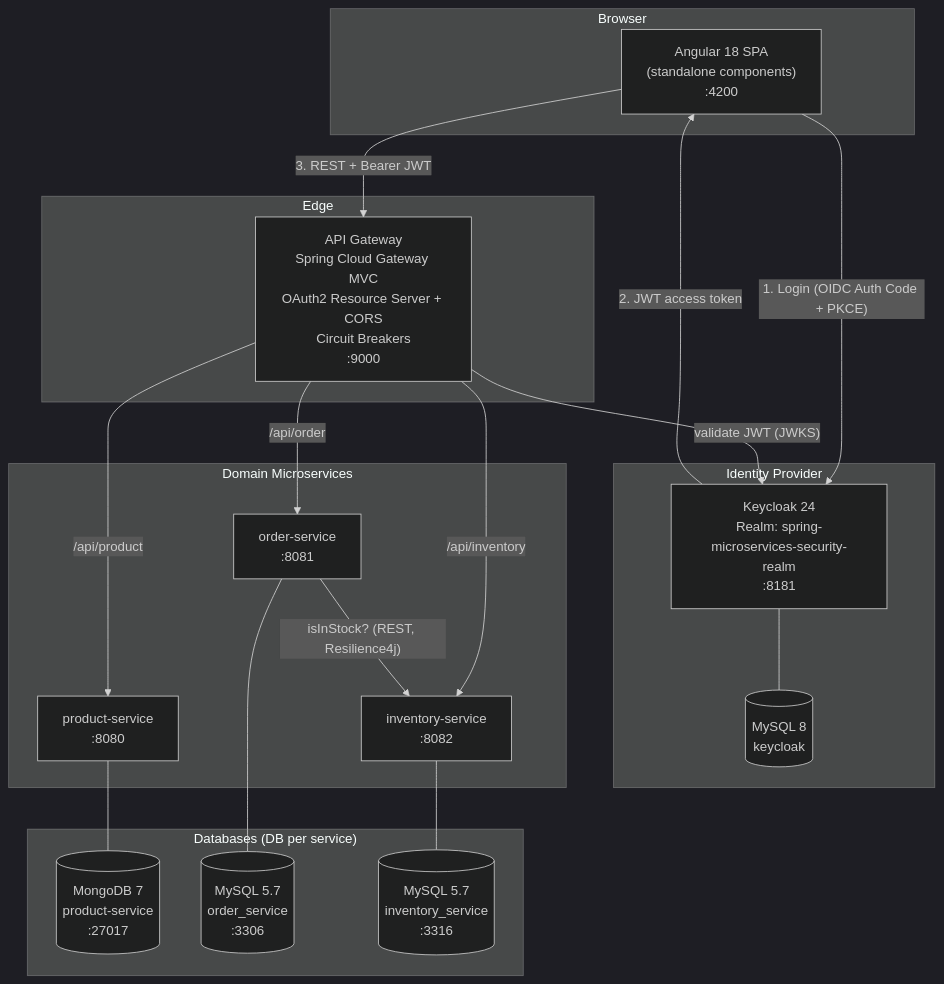
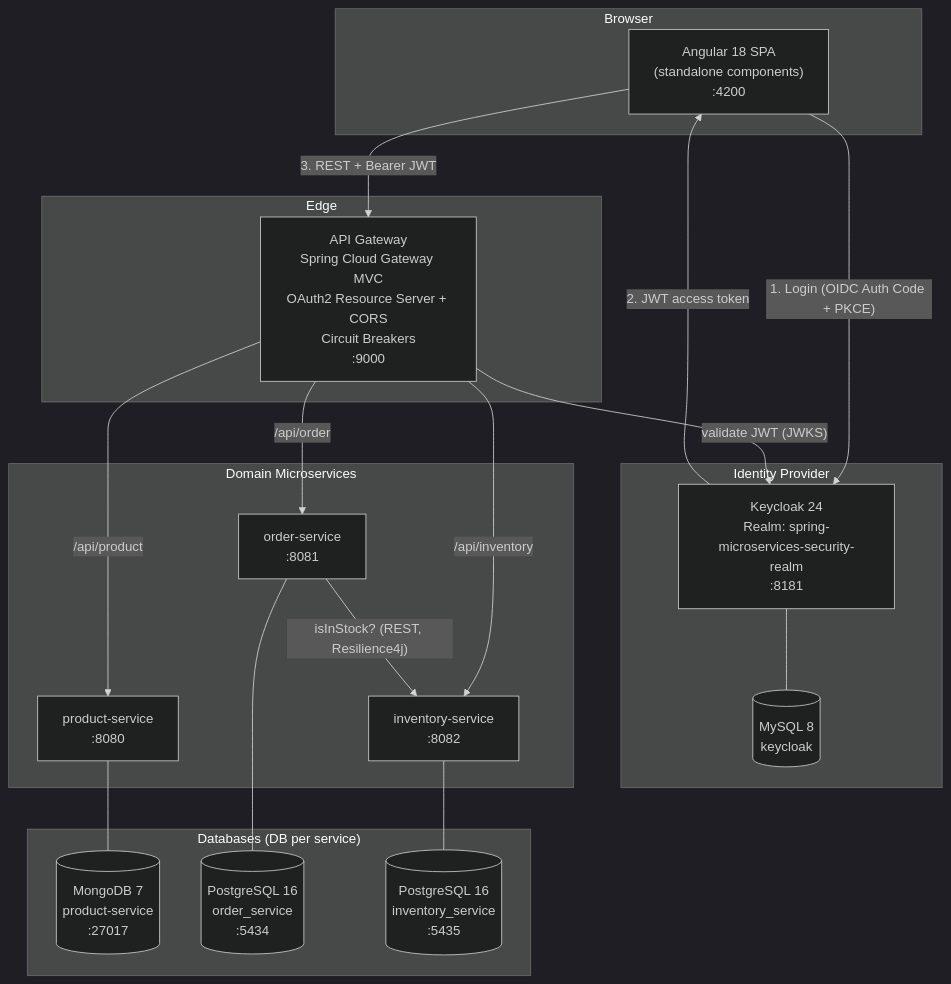
Before and after one commit to SzabolcsBeko/ms_sap_project: the first of 12 diagrams in docs/ARCHITECTURE.md, drawn with Mermaid (dark theme). The commit also changed other lines of this file and 30 other files, not shown here.

First line of the commit message:
feat(db): migrate order-service and inventory-service to PostgreSQL 16

````diff
--- a/docs/ARCHITECTURE.md
+++ b/docs/ARCHITECTURE.md
@@ -57,43 +57,43 @@
 ```mermaid
 flowchart TB
     subgraph Client["Browser"]
         FE["Angular 18 SPA<br/>(standalone components)<br/>:4200"]
     end
 
     subgraph Identity["Identity Provider"]
         KC["Keycloak 24<br/>Realm: spring-microservices-security-realm<br/>:8181"]
         KCDB[("MySQL 8<br/>keycloak")]
         KC --- KCDB
     end
 
     subgraph Edge["Edge"]
         GW["API Gateway<br/>Spring Cloud Gateway MVC<br/>OAuth2 Resource Server + CORS<br/>Circuit Breakers<br/>:9000"]
     end
 
     subgraph Services["Domain Microservices"]
         PS["product-service<br/>:8080"]
         OS["order-service<br/>:8081"]
         IS["inventory-service<br/>:8082"]
     end
 
     subgraph Data["Databases (DB per service)"]
         MONGO[("MongoDB 7<br/>product-service<br/>:27017")]
-        OSQL[("MySQL 5.7<br/>order_service<br/>:3306")]
-        ISQL[("MySQL 5.7<br/>inventory_service<br/>:3316")]
+        OSQL[("PostgreSQL 16<br/>order_service<br/>:5434")]
+        ISQL[("PostgreSQL 16<br/>inventory_service<br/>:5435")]
     end
 
     FE -- "1. Login (OIDC Auth Code + PKCE)" --> KC
     KC -- "2. JWT access token" --> FE
     FE -- "3. REST + Bearer JWT" --> GW
 
     GW -- "validate JWT (JWKS)" --> KC
     GW -- "/api/product" --> PS
     GW -- "/api/order" --> OS
     GW -- "/api/inventory" --> IS
 
     OS -- "isInStock? (REST, Resilience4j)" --> IS
 
     PS --- MONGO
     OS --- OSQL
     IS --- ISQL
 ```
````
